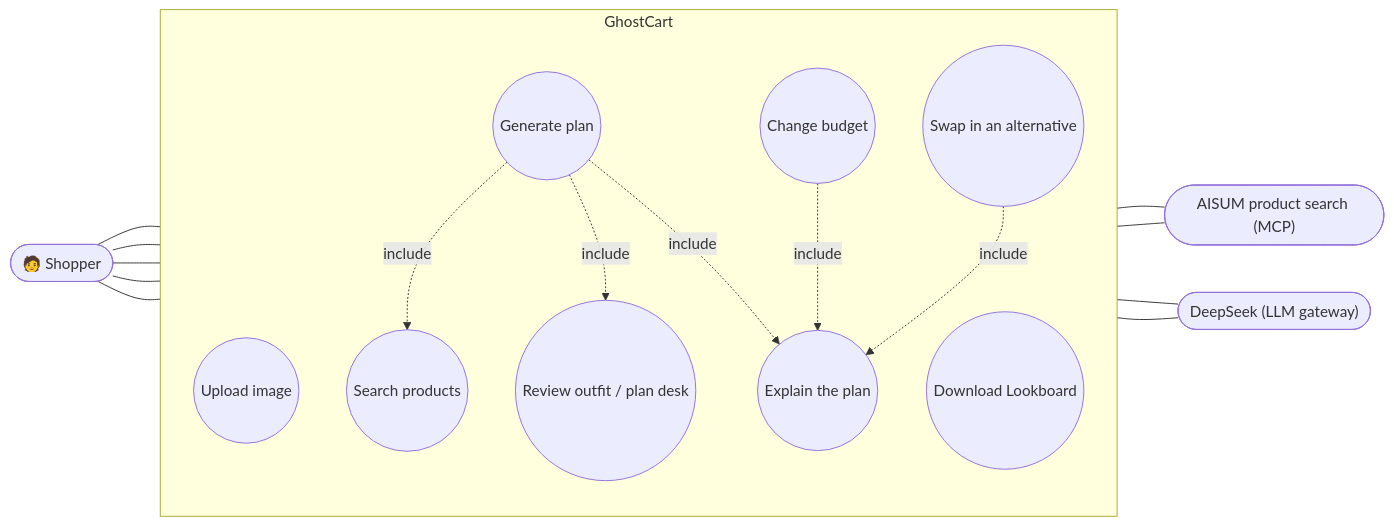
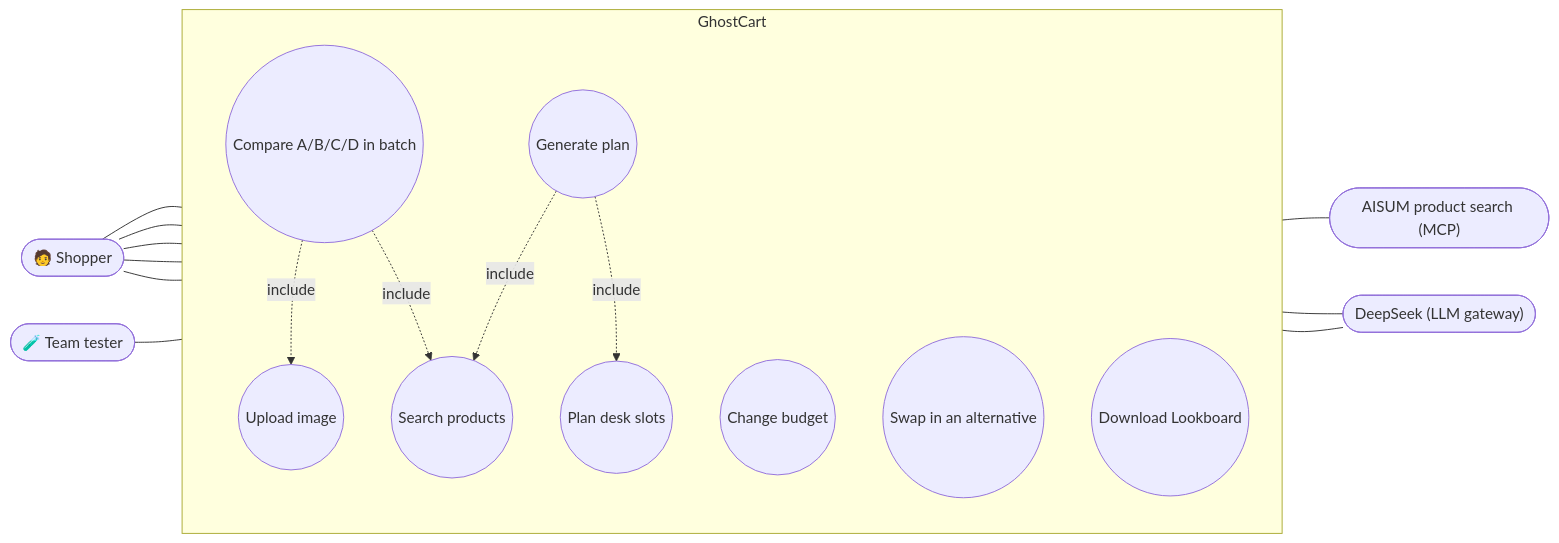
The fourth of 4 diagrams in docs/architecture.md (jackChen217/aisum-victory), drawn with Mermaid before and after one commit. The commit also changed other lines of this file and 6 other files, not shown here.

First line of the commit message:
Add comparison group D: AISUM order + whole-outfit knapsack

````diff
--- a/docs/architecture.md
+++ b/docs/architecture.md
@@ -81,35 +145,35 @@
 ```mermaid
 flowchart LR
     shopper(["🧑 Shopper"])
+    tester(["🧪 Team tester"])
     aisum(["AISUM product search (MCP)"])
     deepseek(["DeepSeek (LLM gateway)"])
 
     subgraph GhostCart
         direction TB
         upload((Upload image))
         plan((Generate plan))
         budget((Change budget))
         swap((Swap in an alternative))
         board((Download Lookboard))
+        compare((Compare A/B/C/D in batch))
         search((Search products))
-        review((Review outfit / plan desk))
-        explain((Explain the plan))
+        desk((Plan desk slots))
     end
 
     shopper --- upload
     shopper --- plan
     shopper --- budget
     shopper --- swap
     shopper --- board
+    tester --- compare
 
     plan -. include .-> search
-    plan -. include .-> review
-    plan -. include .-> explain
-    budget -. include .-> explain
-    swap -. include .-> explain
+    plan -. include .-> desk
+    compare -. include .-> upload
+    compare -. include .-> search
 
     search --- aisum
-    review --- aisum
-    review --- deepseek
-    explain --- deepseek
+    desk --- deepseek
+    compare --- deepseek
 ```
````
